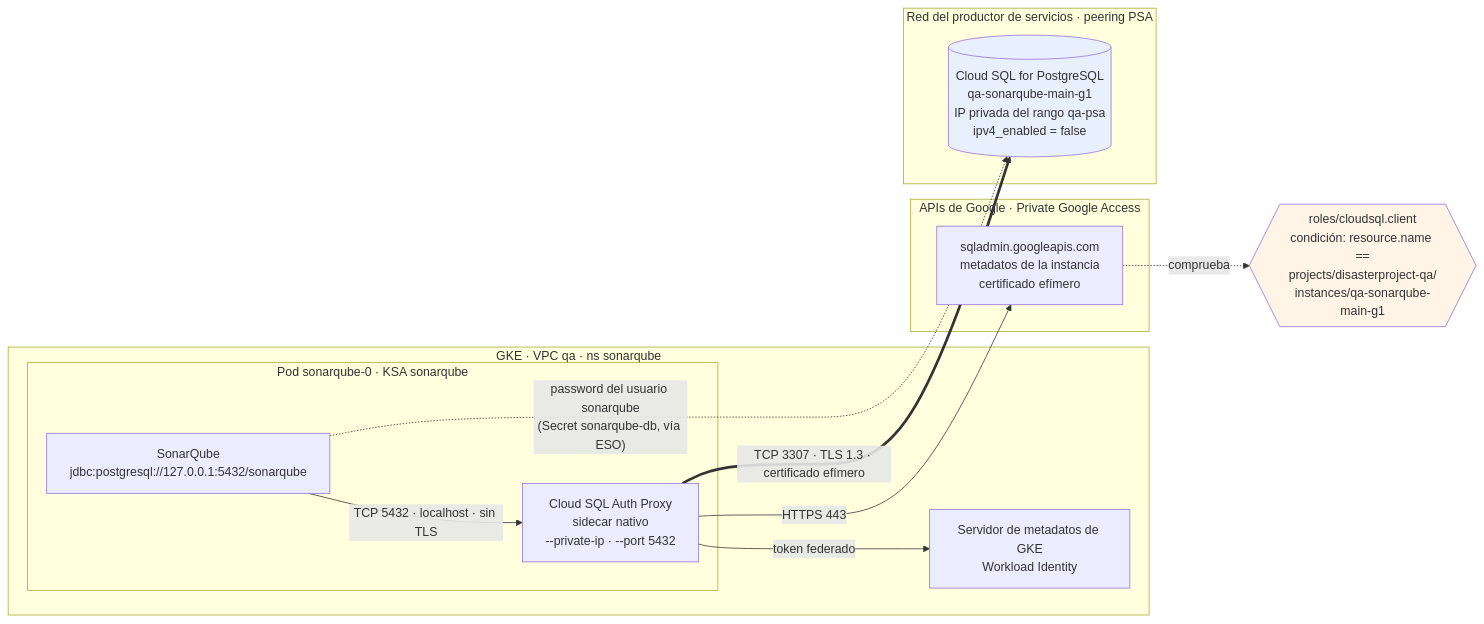
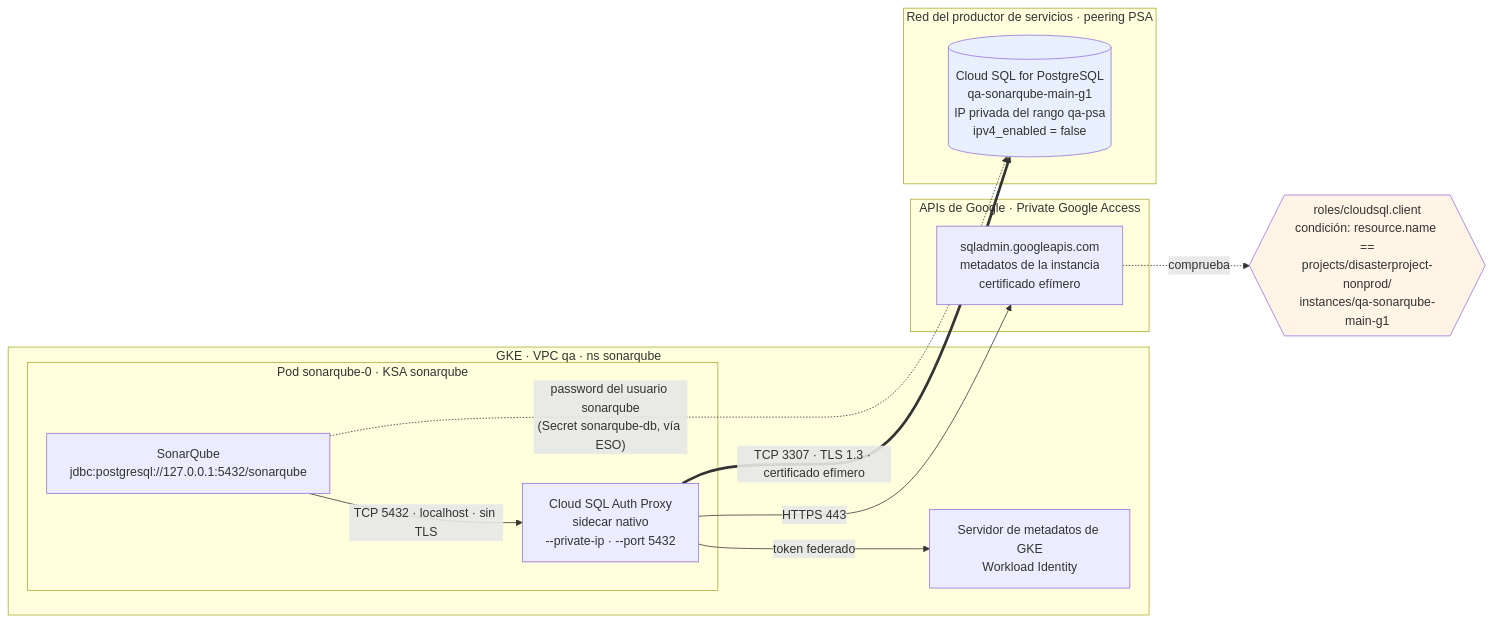
One commit to aescanero/proposal_documents changed the diagram in docs/es/proposals/sonarqube-qa-cloudsql/diagrams/04-conexion-cloudsql.mmd. Above: the diagram before and after it, drawn with Mermaid. The commit also changed 137 other files, not shown here.

```diff
--- a/docs/es/proposals/sonarqube-qa-cloudsql/diagrams/04-conexion-cloudsql.mmd
+++ b/docs/es/proposals/sonarqube-qa-cloudsql/diagrams/04-conexion-cloudsql.mmd
@@ -1,28 +1,28 @@
 flowchart LR
     subgraph GKE["GKE · VPC qa · ns sonarqube"]
         subgraph POD["Pod sonarqube-0 · KSA sonarqube"]
             SQ["SonarQube<br/>jdbc:postgresql://127.0.0.1:5432/sonarqube"]
             PX["Cloud SQL Auth Proxy<br/>sidecar nativo<br/>--private-ip · --port 5432"]
         end
         MDS["Servidor de metadatos de GKE<br/>Workload Identity"]
     end
 
     subgraph GAPI["APIs de Google · Private Google Access"]
         ADM["sqladmin.googleapis.com<br/>metadatos de la instancia<br/>certificado efímero"]
     end
 
     subgraph SN["Red del productor de servicios · peering PSA"]
         CSQL[("Cloud SQL for PostgreSQL<br/>qa-sonarqube-main-g1<br/>IP privada del rango qa-psa<br/>ipv4_enabled = false")]
     end
 
-    IAMC{{"roles/cloudsql.client<br/>condición: resource.name ==<br/>projects/disasterproject-qa/<br/>instances/qa-sonarqube-main-g1"}}
+    IAMC{{"roles/cloudsql.client<br/>condición: resource.name ==<br/>projects/disasterproject-nonprod/<br/>instances/qa-sonarqube-main-g1"}}
 
     SQ -->|"TCP 5432 · localhost · sin TLS"| PX
     PX -->|"token federado"| MDS
     PX -->|"HTTPS 443"| ADM
     ADM -. "comprueba" .-> IAMC
     PX ==>|"TCP 3307 · TLS 1.3 · certificado efímero"| CSQL
     SQ -. "password del usuario sonarqube<br/>(Secret sonarqube-db, vía ESO)" .-> CSQL
 
     style CSQL fill:#e8f0fe
     style IAMC fill:#fff4e5
```
